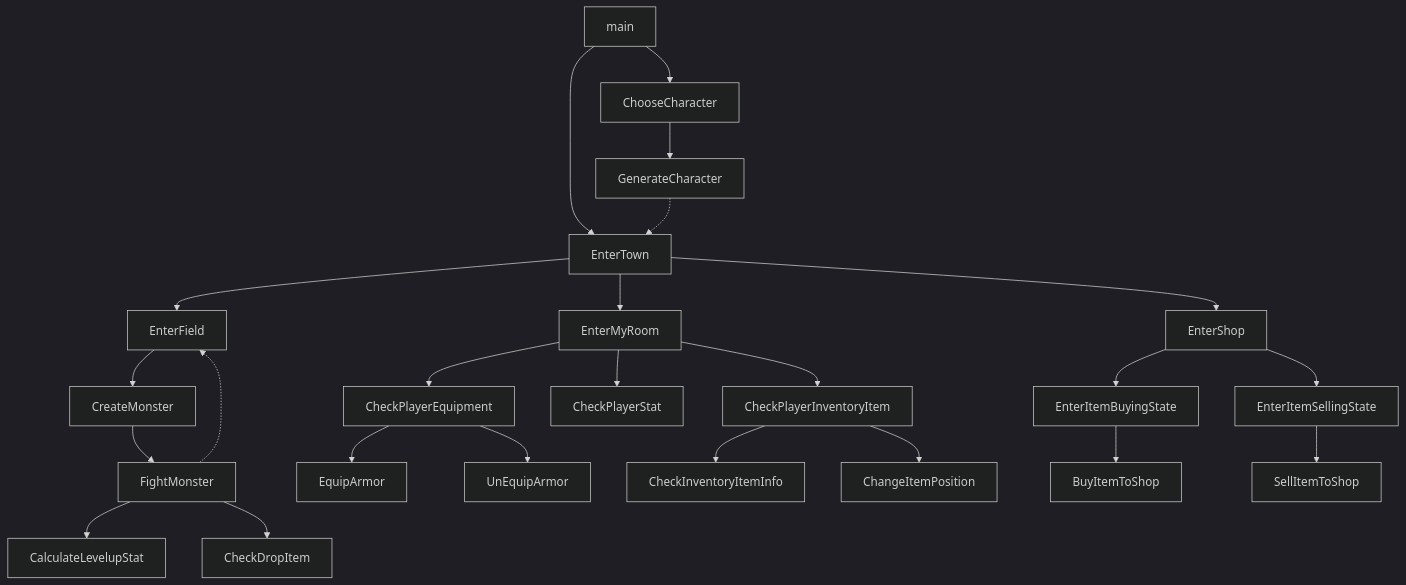
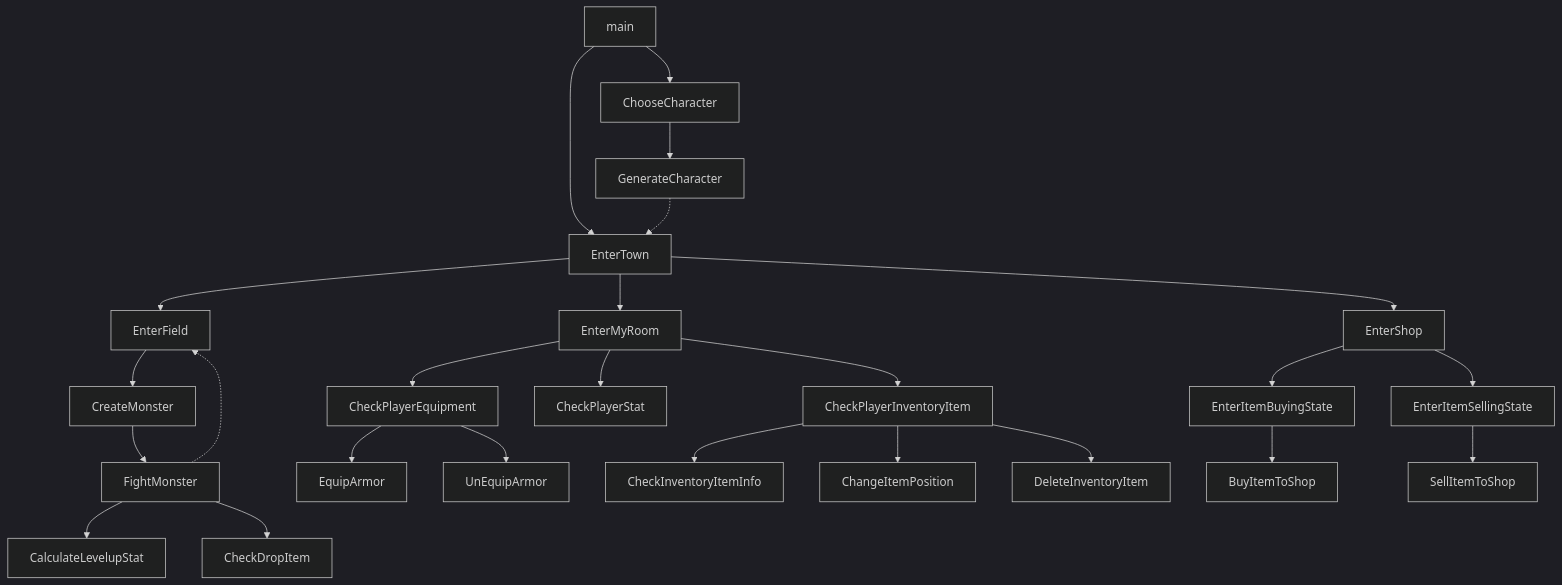
One commit to Emrgnr/cpp-TextRPG changed the diagram in README.md. Above: the diagram before and after it, drawn with Mermaid (dark theme).

Commit message:
Minor Refactor TextRPG(Multi-Array-3) FlowChart
DeleteInventoryItem 추가

````diff
--- a/README.md
+++ b/README.md
@@ -5,49 +5,49 @@
 ```mermaid
 flowchart TD
 	%% 메인 분기점
 	main --> EnterTown
     main --> ChooseCharacter
     
     %% 캐릭터 선택 분기점
     ChooseCharacter --> GenerateCharacter
     GenerateCharacter -.-> EnterTown
     
     %% 광장 분기점
     EnterTown --> EnterField
     EnterTown --> EnterMyRoom
     EnterTown --> EnterShop
     
     %% 필드 분기점
     EnterField --> CreateMonster
     CreateMonster --> FightMonster
     
     %% 몬스터 전투 분기점
     FightMonster --> CalculateLevelupStat
     FightMonster --> CheckDropItem
     FightMonster -.-> EnterField
     
     %% 개인룸 분기점
     EnterMyRoom --> CheckPlayerEquipment
     EnterMyRoom --> CheckPlayerInventoryItem
     EnterMyRoom --> CheckPlayerStat
     
     %% 플레이어 장비 상호작용
     CheckPlayerEquipment --> EquipArmor
     CheckPlayerEquipment --> UnEquipArmor
 	
 	%% 플레이어 인벤토리 상호작용
 	CheckPlayerInventoryItem --> CheckInventoryItemInfo
 	CheckPlayerInventoryItem --> ChangeItemPosition
+	CheckPlayerInventoryItem --> DeleteInventoryItem
 	
 	%% 상점 분기점
 	EnterShop --> EnterItemBuyingState
 	EnterShop --> EnterItemSellingState
 	
 	%% 상점 구매 상호작용
 	EnterItemBuyingState --> BuyItemToShop
 	
 	%% 상점 판매 상호작용
 	EnterItemSellingState --> SellItemToShop
-	
 
 ```
````
